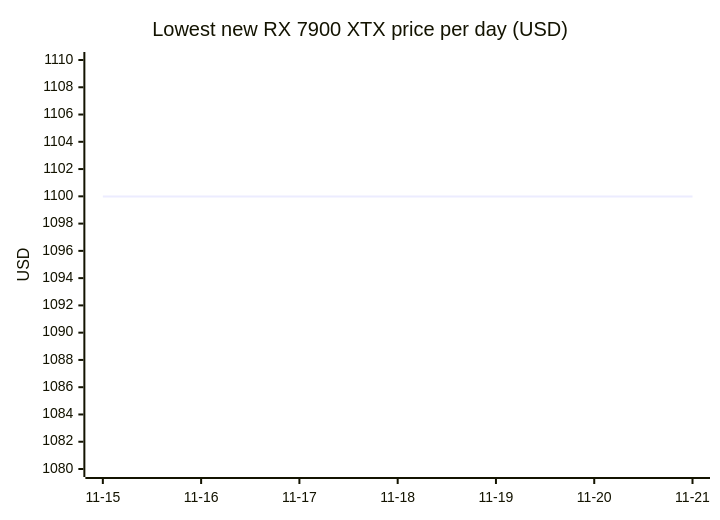
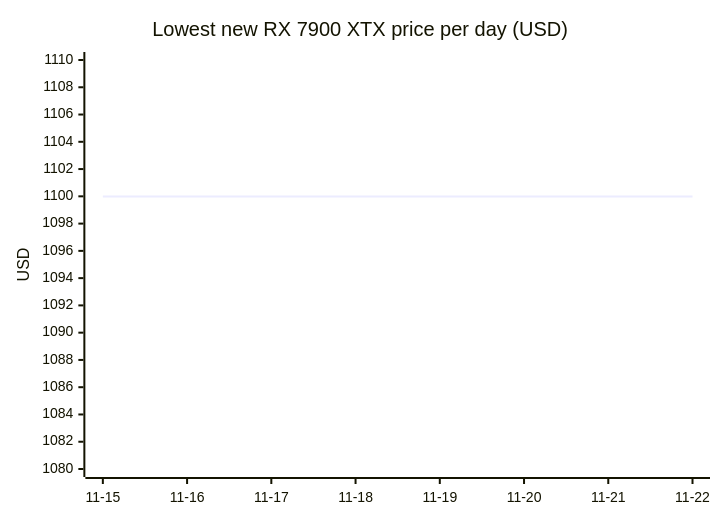
Diagram 13 of 18 in README.md (7324136828/4tb_ssd_price_watch), drawn with Mermaid before and after one commit. The commit also changed other lines of this file, not shown here.

````diff
--- a/README.md
+++ b/README.md
@@ -1069,7 +1122,7 @@
 ```mermaid
 xychart-beta
     title "Lowest new RX 7900 XTX price per day (USD)"
-    x-axis ["11-15", "11-16", "11-17", "11-18", "11-19", "11-20", "11-21"]
+    x-axis ["11-15", "11-16", "11-17", "11-18", "11-19", "11-20", "11-21", "11-22"]
     y-axis "USD" 1080 --> 1110
-    line [1099.99, 1099.99, 1099.99, 1099.99, 1099.99, 1099.99, 1099.99]
+    line [1099.99, 1099.99, 1099.99, 1099.99, 1099.99, 1099.99, 1099.99, 1099.99]
 ```
````
